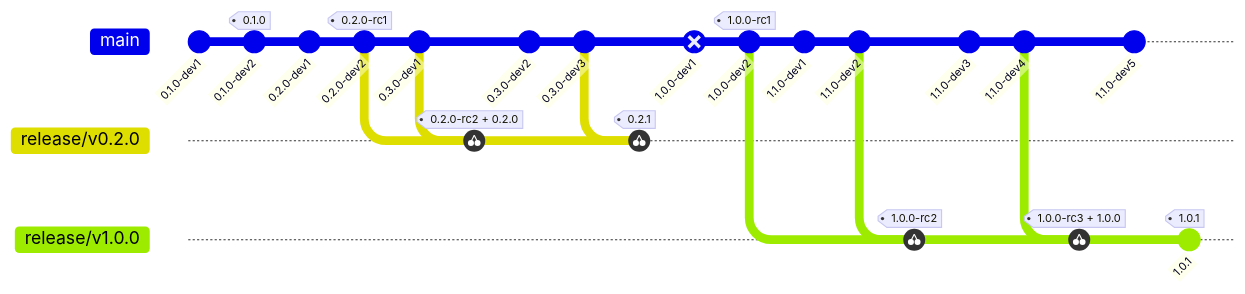
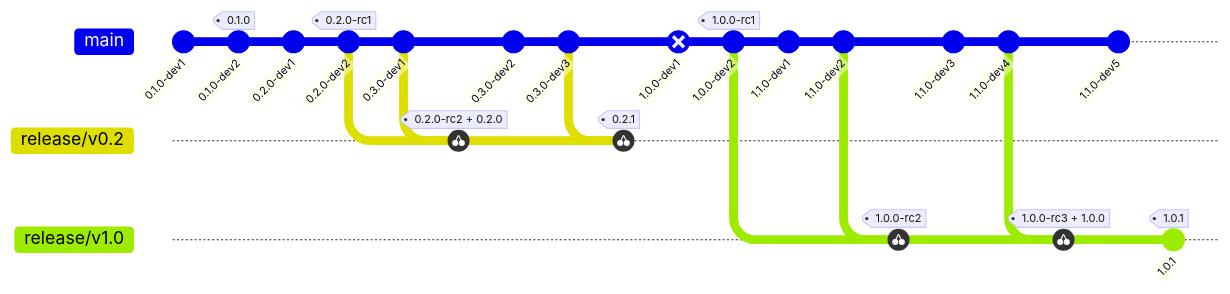
The first of 14 diagrams in docs/SdkVersioning.md (tomtom-international/commisery-action), drawn with Mermaid before and after one commit. The commit also changed other lines of this file and 1 other file, not shown here.

````diff
--- a/docs/SdkVersioning.md
+++ b/docs/SdkVersioning.md
@@ -132,35 +132,35 @@
 ```mermaid
 gitGraph
   commit id: "0.1.0-dev1"
   commit id: "0.1.0-dev2" tag: "0.1.0"
   commit id: "0.2.0-dev1"
   commit id: "0.2.0-dev2" tag: "0.2.0-rc1"
-  branch release/v0.2.0
+  branch release/v0.2
   checkout main
   commit id: "0.3.0-dev1"
-  checkout release/v0.2.0
+  checkout release/v0.2
   cherry-pick id: "0.3.0-dev1" tag: "0.2.0-rc2 + 0.2.0"
   checkout main
   commit id: "0.3.0-dev2"
   commit id: "0.3.0-dev3"
-  checkout release/v0.2.0
+  checkout release/v0.2
   cherry-pick id: "0.3.0-dev3" tag: "0.2.1"
   checkout main
   commit id: "1.0.0-dev1" type: REVERSE
   commit id: "1.0.0-dev2" tag: "1.0.0-rc1"
-  branch release/v1.0.0
+  branch release/v1.0
   checkout main
   commit id: "1.1.0-dev1"
   commit id: "1.1.0-dev2"
-  checkout release/v1.0.0
+  checkout release/v1.0
   cherry-pick id: "1.1.0-dev2" tag: "1.0.0-rc2"
   checkout main
   commit id: "1.1.0-dev3"
   commit id: "1.1.0-dev4"
-  checkout release/v1.0.0
+  checkout release/v1.0
   cherry-pick id: "1.1.0-dev4" tag: "1.0.0-rc3 + 1.0.0"
   checkout main
   commit id: "1.1.0-dev5"
-  checkout release/v1.0.0
+  checkout release/v1.0
   commit id: "1.0.1" tag: "1.0.1"
 ```
````
